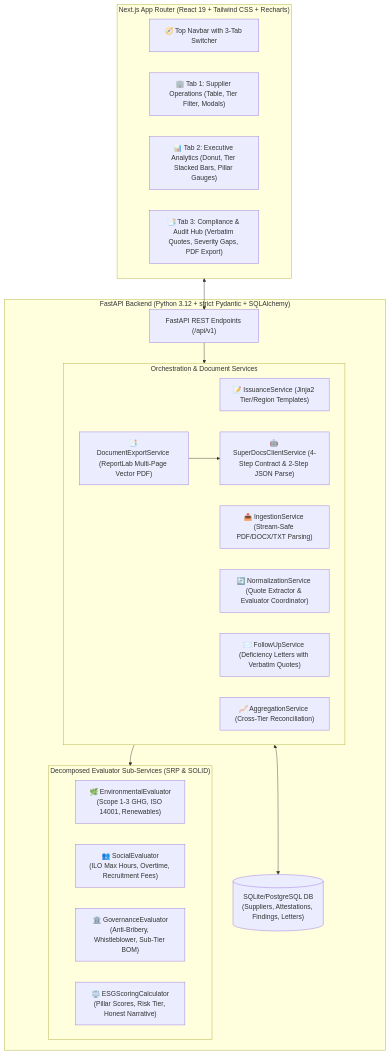
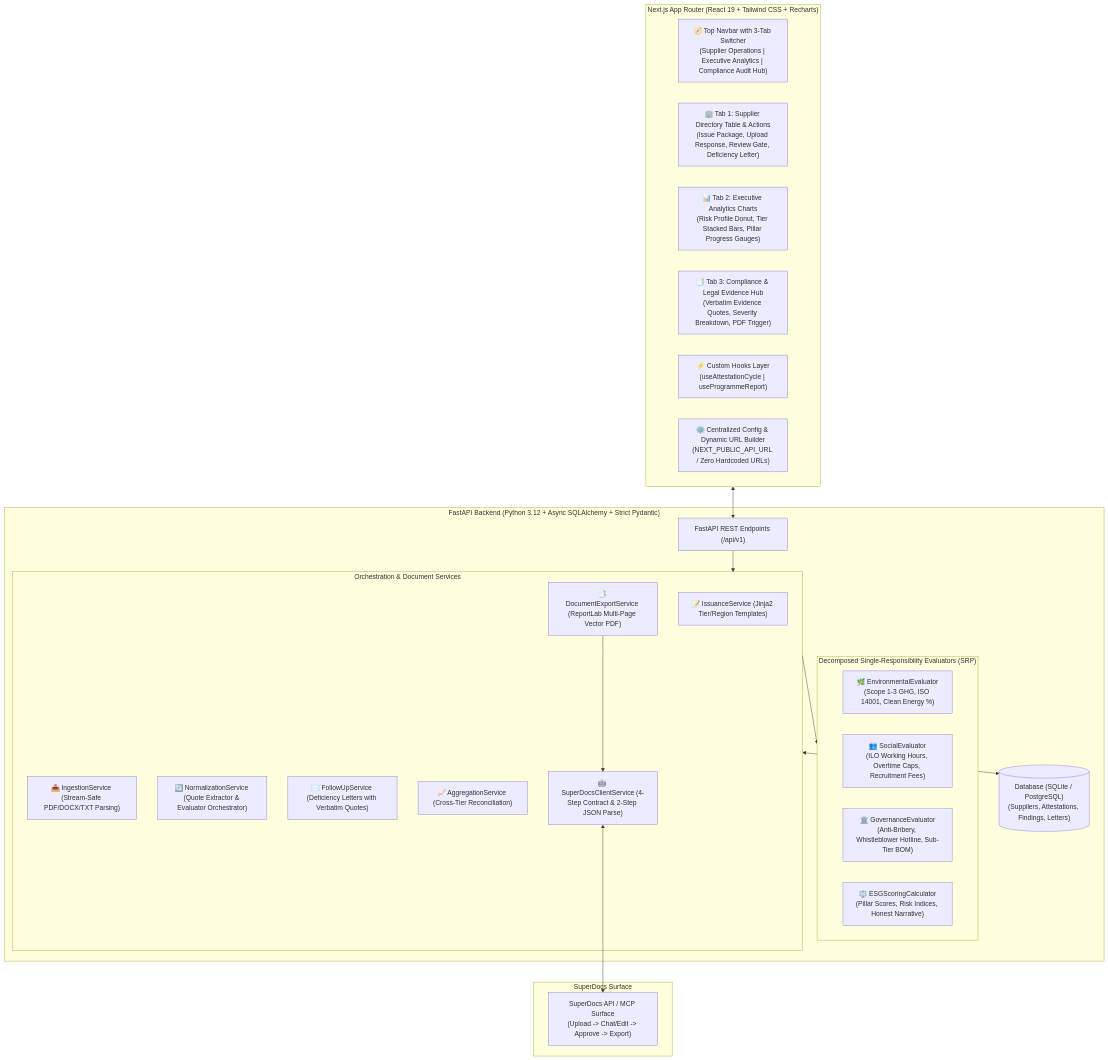
Before and after one commit to AkshatSoni26/superdocs-task2: the first of 2 diagrams in README.md, drawn with Mermaid. The commit also changed other lines of this file and 2 other files, not shown here.

Commit message:
docs: update structured enterprise documentation and add docs/ARCHITECTURE.md

````diff
--- a/README.md
+++ b/README.md
@@ -17,38 +46,45 @@
 ```mermaid
 flowchart TD
     subgraph Frontend ["Next.js App Router (React 19 + Tailwind CSS + Recharts)"]
-        Nav["🧭 Top Navbar with 3-Tab Switcher"]
-        Tab1["🏢 Tab 1: Supplier Operations (Table, Tier Filter, Modals)"]
-        Tab2["📊 Tab 2: Executive Analytics (Donut, Tier Stacked Bars, Pillar Gauges)"]
-        Tab3["📑 Tab 3: Compliance & Audit Hub (Verbatim Quotes, Severity Gaps, PDF Export)"]
+        Nav["🧭 Top Navbar with 3-Tab Switcher\n(Supplier Operations | Executive Analytics | Compliance Audit Hub)"]
+        Tab1["🏢 Tab 1: Supplier Directory Table & Actions\n(Issue Package, Upload Response, Review Gate, Deficiency Letter)"]
+        Tab2["📊 Tab 2: Executive Analytics Charts\n(Risk Profile Donut, Tier Stacked Bars, Pillar Progress Gauges)"]
+        Tab3["📑 Tab 3: Compliance & Legal Evidence Hub\n(Verbatim Evidence Quotes, Severity Breakdown, PDF Trigger)"]
+        Hooks["⚡ Custom Hooks Layer\n(useAttestationCycle | useProgrammeReport)"]
+        Config["⚙️ Centralized Config & Dynamic URL Builder\n(NEXT_PUBLIC_API_URL / Zero Hardcoded URLs)"]
     end
 
-    subgraph Backend ["FastAPI Backend (Python 3.12 + strict Pydantic + SQLAlchemy)"]
-        API["FastAPI REST Endpoints (/api/v1)"]
+    subgraph API_Gateway ["FastAPI Backend (Python 3.12 + Async SQLAlchemy + Strict Pydantic)"]
+        Router["FastAPI REST Endpoints (/api/v1)"]
         
-        subgraph Evaluators ["Decomposed Evaluator Sub-Services (SRP & SOLID)"]
-            EE["🌿 EnvironmentalEvaluator\n(Scope 1-3 GHG, ISO 14001, Renewables)"]
-            SE["👥 SocialEvaluator\n(ILO Max Hours, Overtime, Recruitment Fees)"]
-            GE["🏛️ GovernanceEvaluator\n(Anti-Bribery, Whistleblower, Sub-Tier BOM)"]
-            SC["⚖️ ESGScoringCalculator\n(Pillar Scores, Risk Tier, Honest Narrative)"]
+        subgraph Evaluators ["Decomposed Single-Responsibility Evaluators (SRP)"]
+            EE["🌿 EnvironmentalEvaluator\n(Scope 1-3 GHG, ISO 14001, Clean Energy %)"]
+            SE["👥 SocialEvaluator\n(ILO Working Hours, Overtime Caps, Recruitment Fees)"]
+            GE["🏛️ GovernanceEvaluator\n(Anti-Bribery, Whistleblower Hotline, Sub-Tier BOM)"]
+            SC["⚖️ ESGScoringCalculator\n(Pillar Scores, Risk Indices, Honest Narrative)"]
         end
 
         subgraph CoreServices ["Orchestration & Document Services"]
             Issuance["📝 IssuanceService (Jinja2 Tier/Region Templates)"]
             Ingestion["📥 IngestionService (Stream-Safe PDF/DOCX/TXT Parsing)"]
-            Norm["🔄 NormalizationService (Quote Extractor & Evaluator Coordinator)"]
+            Norm["🔄 NormalizationService (Quote Extractor & Evaluator Orchestrator)"]
             FollowUp["✉️ FollowUpService (Deficiency Letters with Verbatim Quotes)"]
             Aggregation["📈 AggregationService (Cross-Tier Reconciliation)"]
             DocExport["📑 DocumentExportService (ReportLab Multi-Page Vector PDF)"]
             SD_Client["🤖 SuperDocsClientService (4-Step Contract & 2-Step JSON Parse)"]
         end
         
-        DB[("SQLite/PostgreSQL DB\n(Suppliers, Attestations, Findings, Letters)")]
+        DB[("Database (SQLite / PostgreSQL)\n(Suppliers, Attestations, Findings, Letters)")]
     end
 
-    Frontend <--> API
-    API --> CoreServices
+    subgraph External ["SuperDocs Surface"]
+        SD_Platform["SuperDocs API / MCP Surface\n(Upload -> Chat/Edit -> Approve -> Export)"]
+    end
+
+    Frontend <--> Router
+    Router --> CoreServices
     CoreServices --> Evaluators
     CoreServices <--> DB
     DocExport --> SD_Client
+    SD_Client <--> SD_Platform
 ```
````
